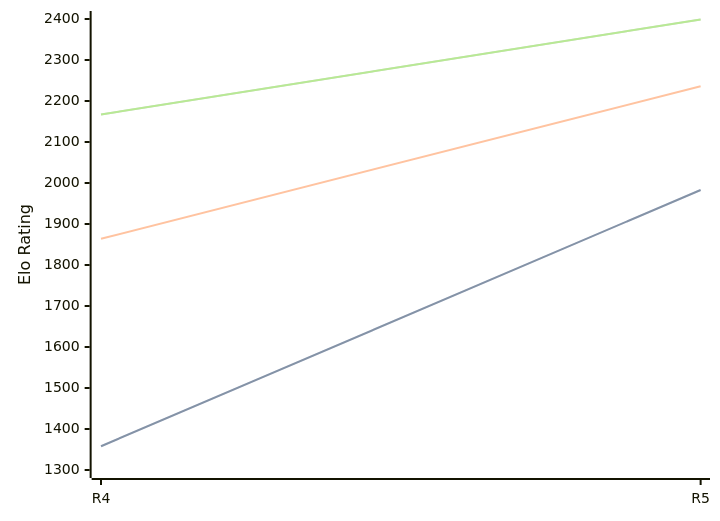
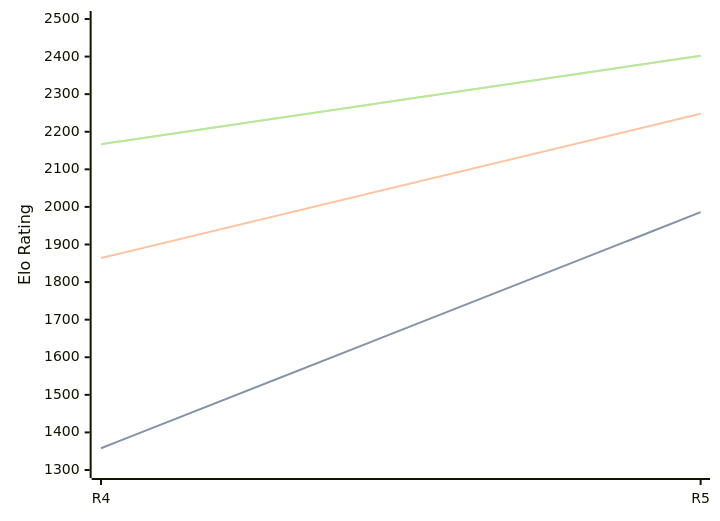
Before and after one commit to computer-chess-index/cci: the diagram in engines/Viking.md, drawn with Mermaid. The commit also changed other lines of this file, not shown here.

Commit message:
Update CCI Ratings (ELO VLTC) - 2026-05-07

````diff
--- a/engines/Viking.md
+++ b/engines/Viking.md
@@ -35,11 +35,11 @@
 ```mermaid
 %%{init: {"theme":"base","themeVariables":{"seriesColors:['#a3a3a3','#222221','#faa371']}}}%%
 xychart-beta
   x-axis ["R4", "R5"]
-  y-axis "Elo Rating" 1300 --> 2400
-  line "STC (8.0+0.08s)" [1358, 1983]
-  line "STC (8.0+0.08s)" [1358, 1983]
-  line "LTC (60.0+0.60s)" [1864, 2236]
-  line "VLTC (2m24s+1.12s)" [2167, 2399]
-  line "VLTC (2m24s+1.12s)" [2167, 2399]
+  y-axis "Elo Rating" 1300 --> 2500
+  line "STC (8.0+0.08s)" [1358, 1986]
+  line "STC (8.0+0.08s)" [1358, 1986]
+  line "LTC (60.0+0.60s)" [1864, 2248]
+  line "VLTC (2m24s+1.12s)" [2167, 2402]
+  line "VLTC (2m24s+1.12s)" [2167, 2402]
 ```
````
